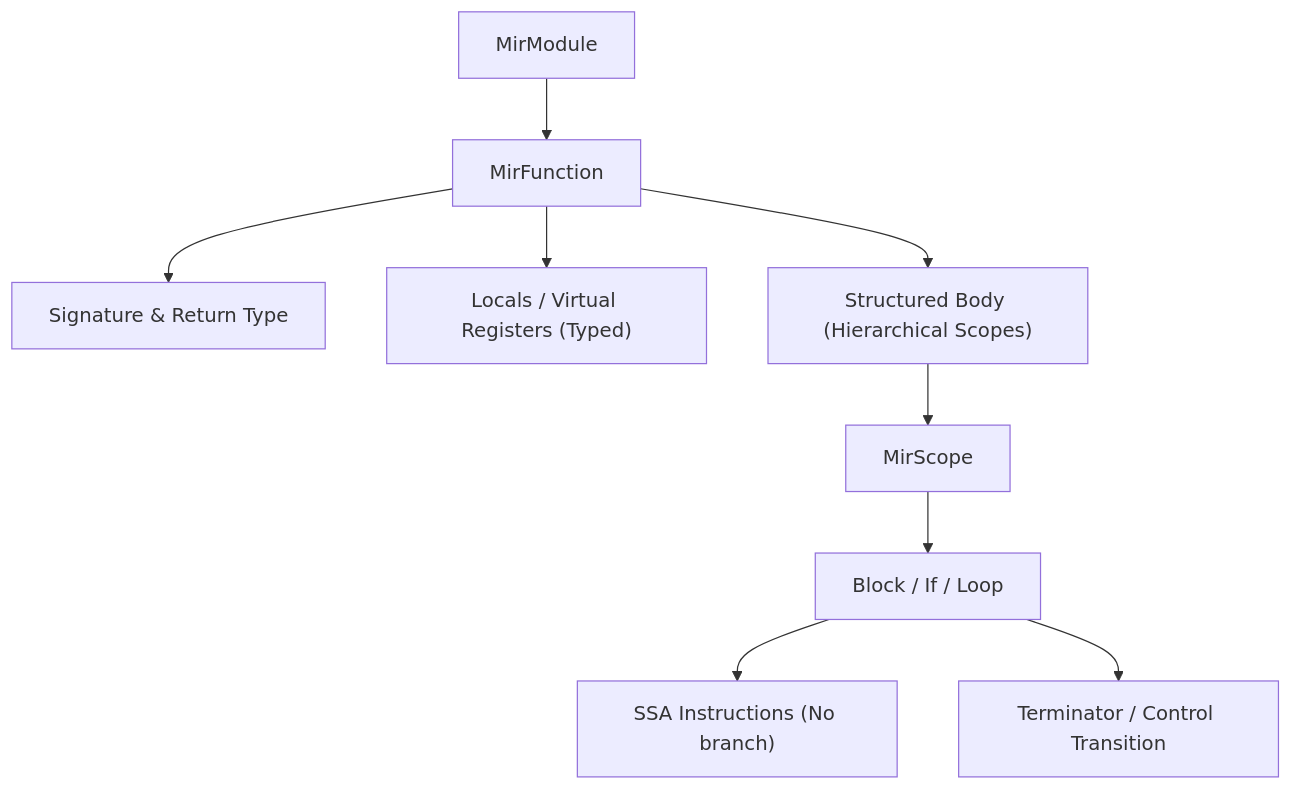
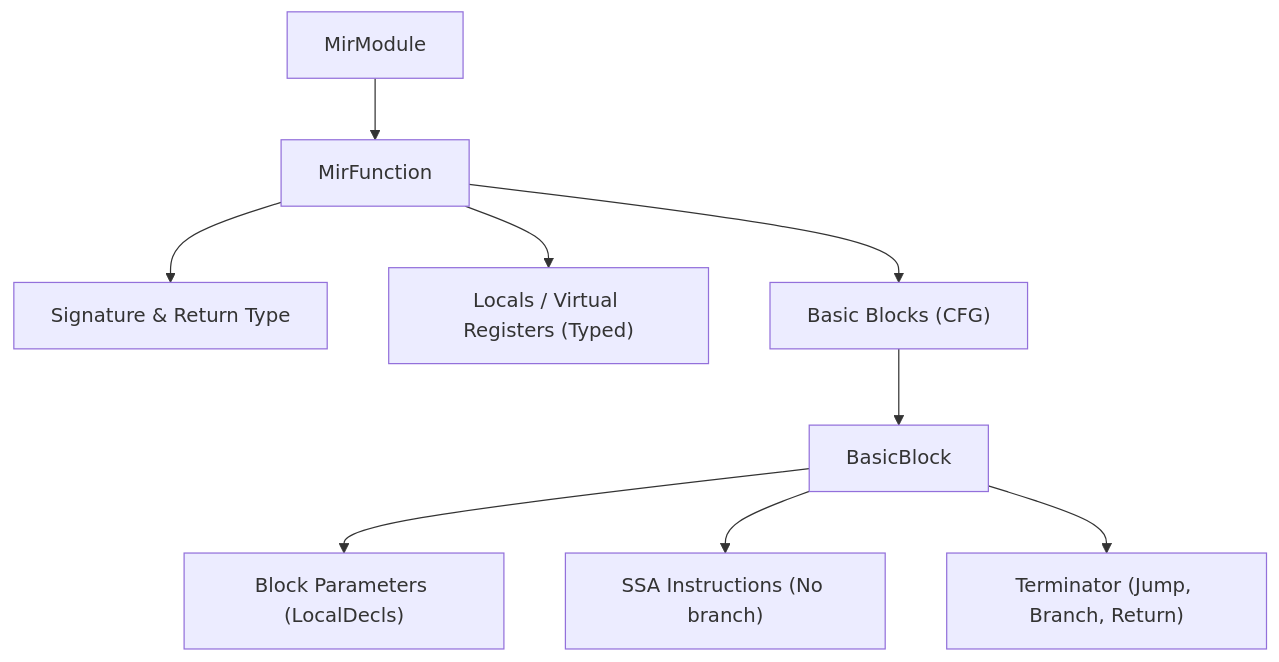
The diagram in docs/03-pipeline_and_workspace/03-mir_reference.md (galfus-lang/galfus-script), drawn with Mermaid before and after one commit. The commit also changed other lines of this file and 6 other files, not shown here.

Commit message:
refactor: update host interfaces to use ThreadId and RequestLease, flatten MIR to CFG, and reorganize project directory structure

````diff
--- a/docs/03-pipeline_and_workspace/03-mir_reference.md
+++ b/docs/03-pipeline_and_workspace/03-mir_reference.md
@@ -21,11 +21,11 @@
 ```mermaid
 graph TD
     MirModule --> MirFunction
     MirFunction --> Sign["Signature & Return Type"]
     MirFunction --> Locals["Locals / Virtual Registers (Typed)"]
-    MirFunction --> Body["Structured Body (Hierarchical Scopes)"]
-    Body --> MirScope
-    MirScope --> Block["Block / If / Loop"]
-    Block --> Insts["SSA Instructions (No branch)"]
-    Block --> Term["Terminator / Control Transition"]
+    MirFunction --> Blocks["Basic Blocks (CFG)"]
+    Blocks --> BasicBlock
+    BasicBlock --> Params["Block Parameters (LocalDecls)"]
+    BasicBlock --> Insts["SSA Instructions (No branch)"]
+    BasicBlock --> Term["Terminator (Jump, Branch, Return)"]
 ```
````
